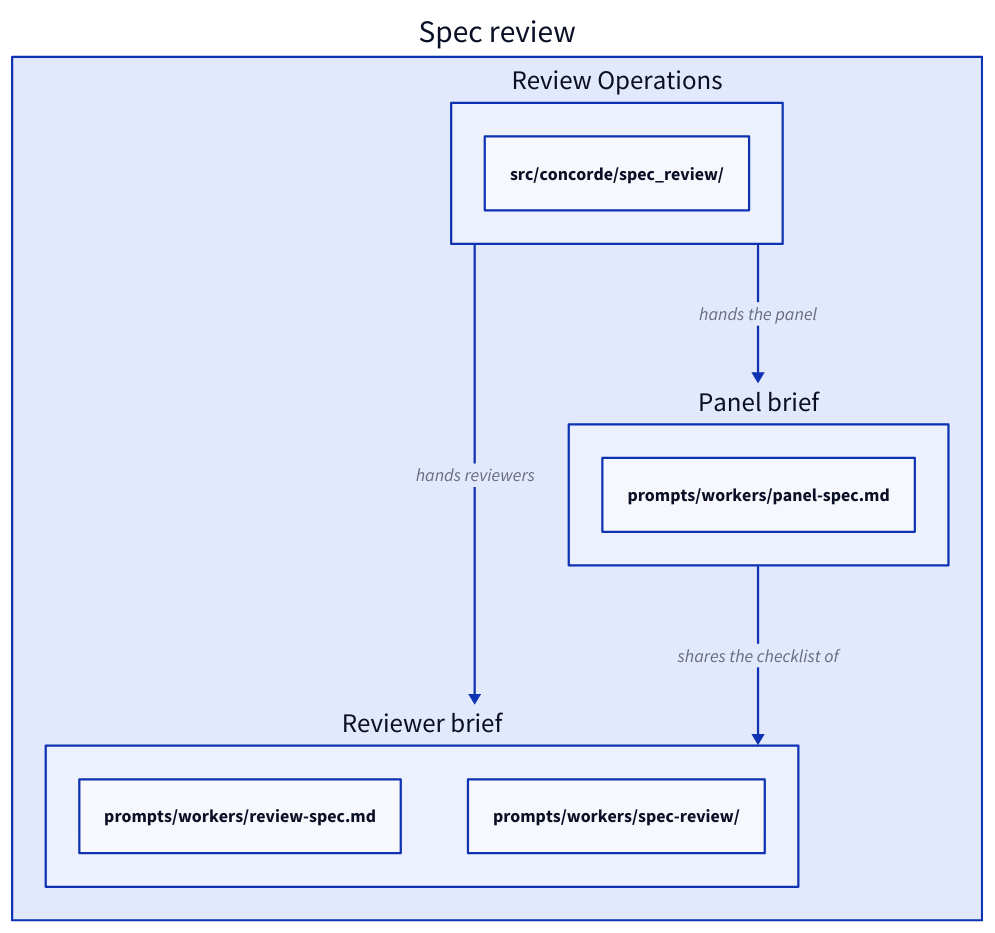
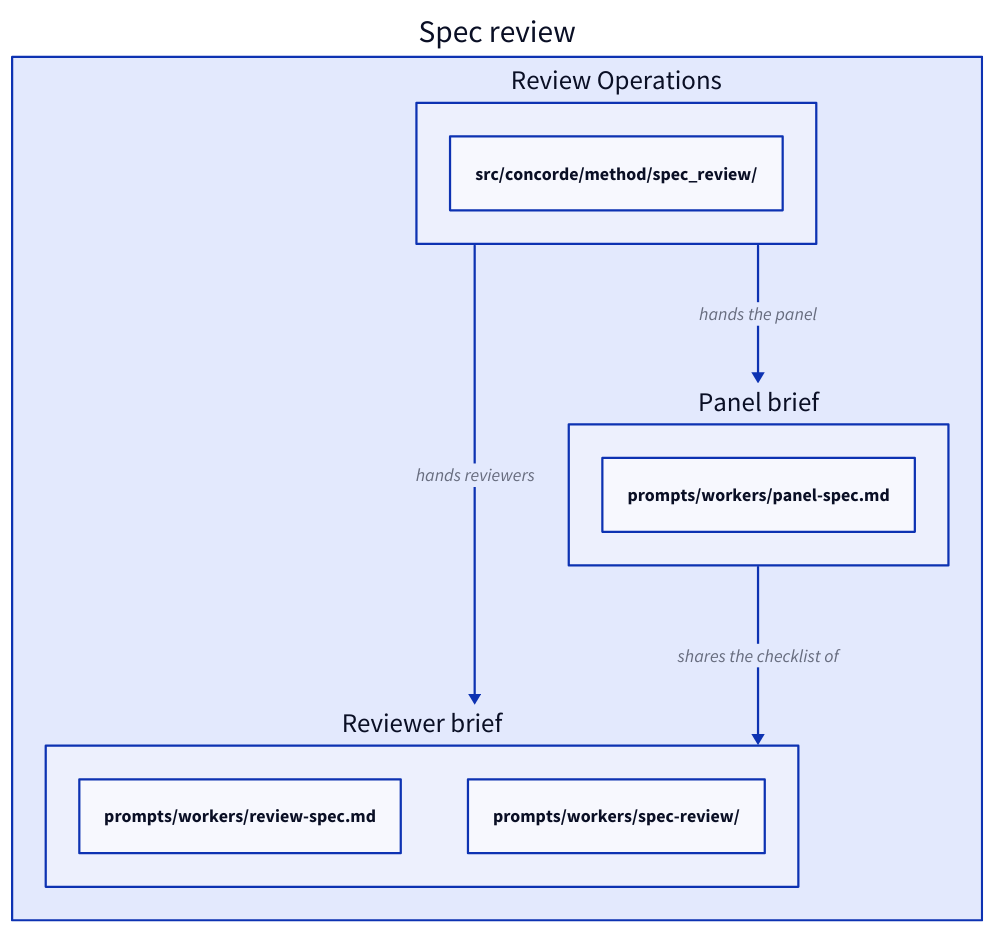
The third of 5 diagrams in specs/concorde/method/spec-review/module.md (FTOD/concorde), drawn with D2 before and after one commit. The commit also changed 224 other files, not shown here.

````diff
--- a/specs/concorde/method/spec-review/module.md
+++ b/specs/concorde/method/spec-review/module.md
@@ -163,17 +163,17 @@
 ```d2
 review: Spec review {
   host: Review Operations {
-    "src/concorde/spec_review/"
+    "src/concorde/method/spec_review/"
   }
   checklist: Reviewer brief {
     "prompts/workers/review-spec.md"
     "prompts/workers/spec-review/"
   }
   panel: Panel brief {
     "prompts/workers/panel-spec.md"
   }
   host -> checklist: hands reviewers
   host -> panel: hands the panel
   panel -> checklist: shares the checklist of
 }
 ```
````
